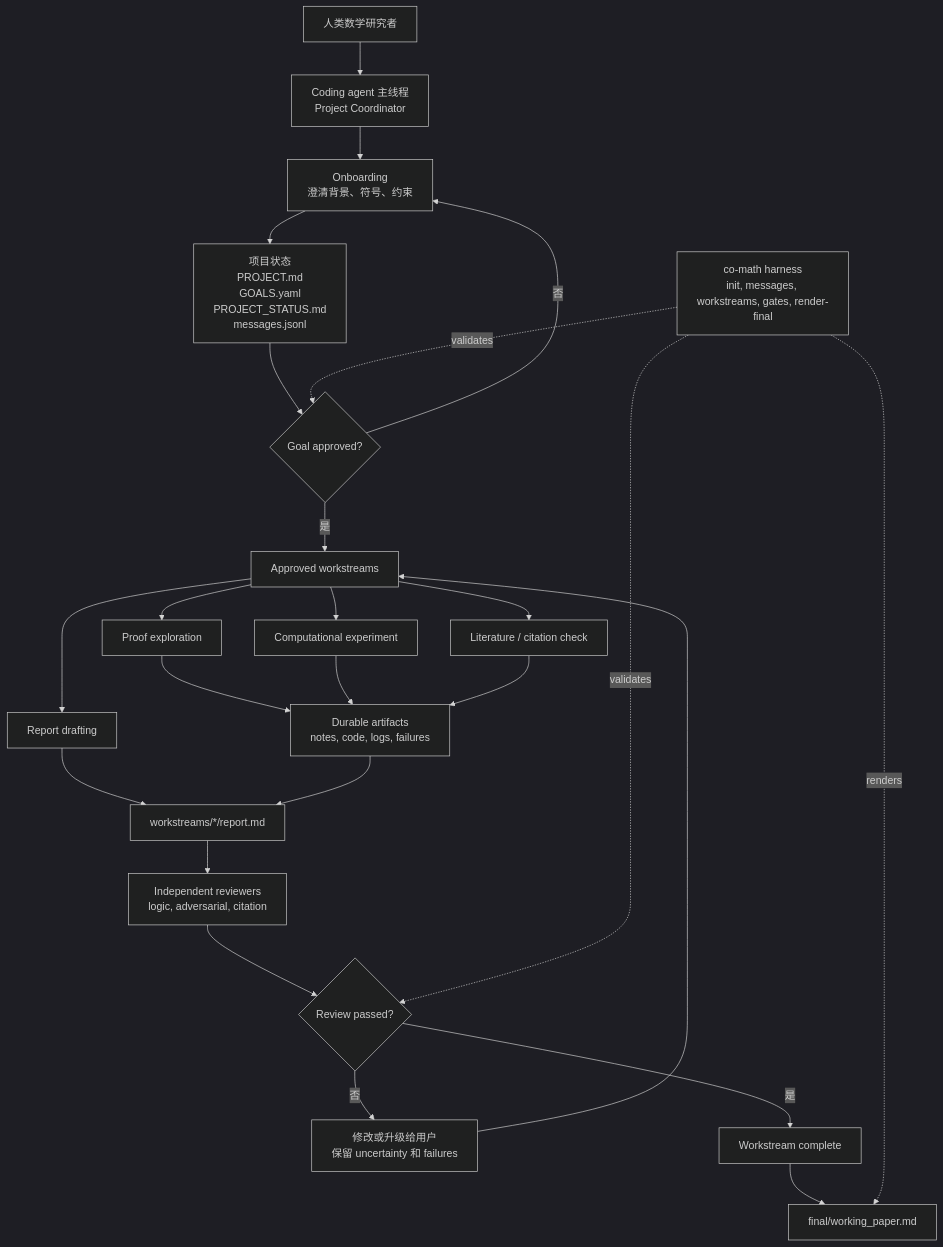
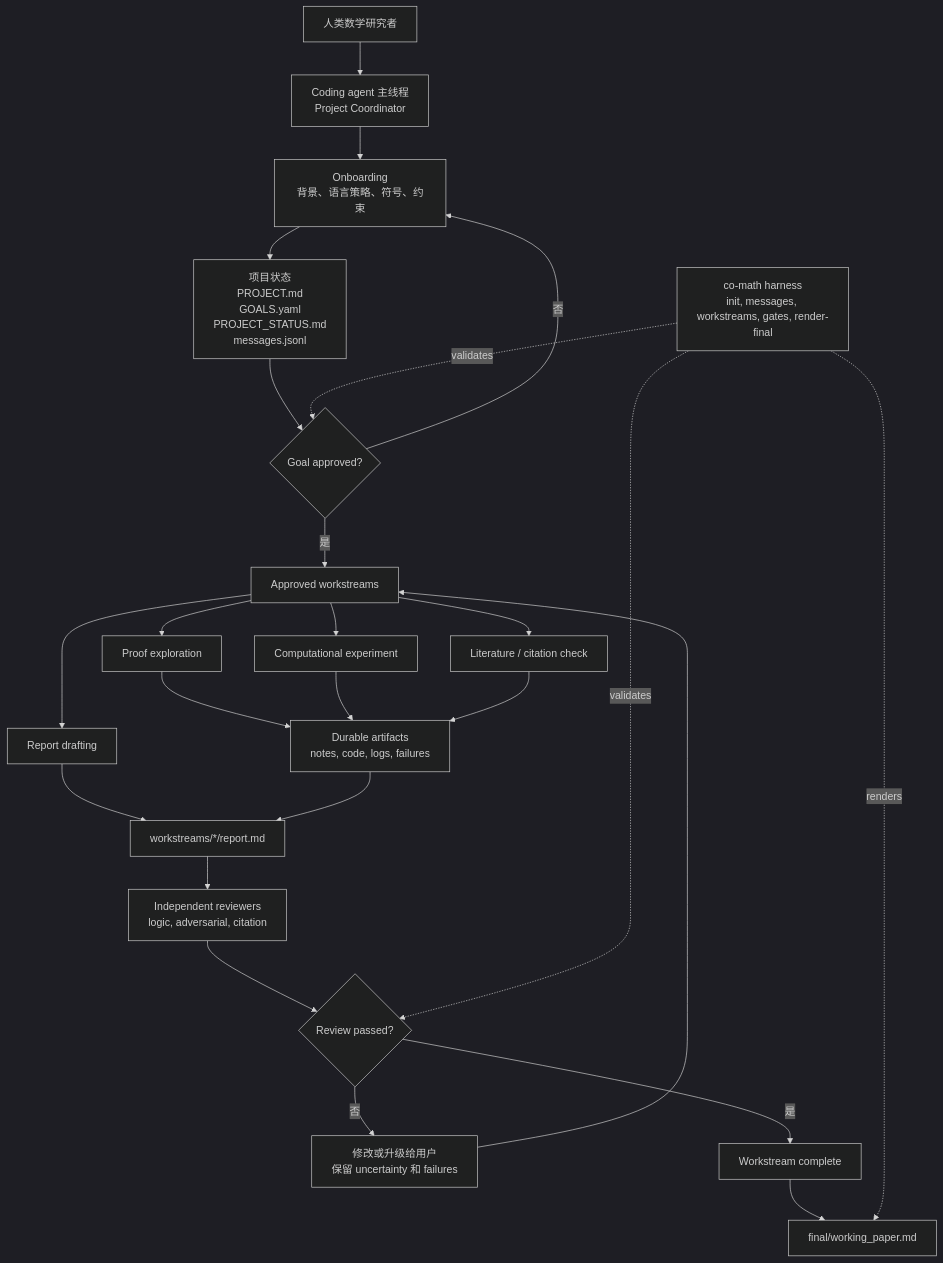
The diagram in README.zh-CN.md (VeryMath/co-mathematician), drawn with Mermaid (dark theme) before and after one commit. The commit also changed other lines of this file and 1 other file, not shown here.

````diff
--- a/README.zh-CN.md
+++ b/README.zh-CN.md
@@ -50,35 +208,35 @@
 ```mermaid
 flowchart TD
     User["人类数学研究者"] --> Coordinator["Coding agent 主线程<br/>Project Coordinator"]
 
-    Coordinator --> Onboarding["Onboarding<br/>澄清背景、符号、约束"]
+    Coordinator --> Onboarding["Onboarding<br/>背景、语言策略、符号、约束"]
     Onboarding --> ProjectFiles["项目状态<br/>PROJECT.md<br/>GOALS.yaml<br/>PROJECT_STATUS.md<br/>messages.jsonl"]
 
     ProjectFiles --> GoalGate{"Goal approved?"}
     GoalGate -- "否" --> Onboarding
     GoalGate -- "是" --> Workstreams["Approved workstreams"]
 
     Workstreams --> Proof["Proof exploration"]
     Workstreams --> Compute["Computational experiment"]
     Workstreams --> Literature["Literature / citation check"]
-    Workstreams --> ReviewPrep["Report drafting"]
+    Workstreams --> ReportDraft["Report drafting"]
 
     Proof --> Artifacts["Durable artifacts<br/>notes, code, logs, failures"]
     Compute --> Artifacts
     Literature --> Artifacts
-    ReviewPrep --> Report["workstreams/*/report.md"]
+    ReportDraft --> Report["workstreams/*/report.md"]
     Artifacts --> Report
 
     Report --> Reviewers["Independent reviewers<br/>logic, adversarial, citation"]
     Reviewers --> ReviewGate{"Review passed?"}
     ReviewGate -- "否" --> Revision["修改或升级给用户<br/>保留 uncertainty 和 failures"]
     Revision --> Workstreams
     ReviewGate -- "是" --> Complete["Workstream complete"]
 
     Complete --> Final["final/working_paper.md"]
 
     Harness["co-math harness<br/>init, messages, workstreams, gates, render-final"]
     Harness -. validates .-> GoalGate
     Harness -. validates .-> ReviewGate
     Harness -. renders .-> Final
 ```
````
